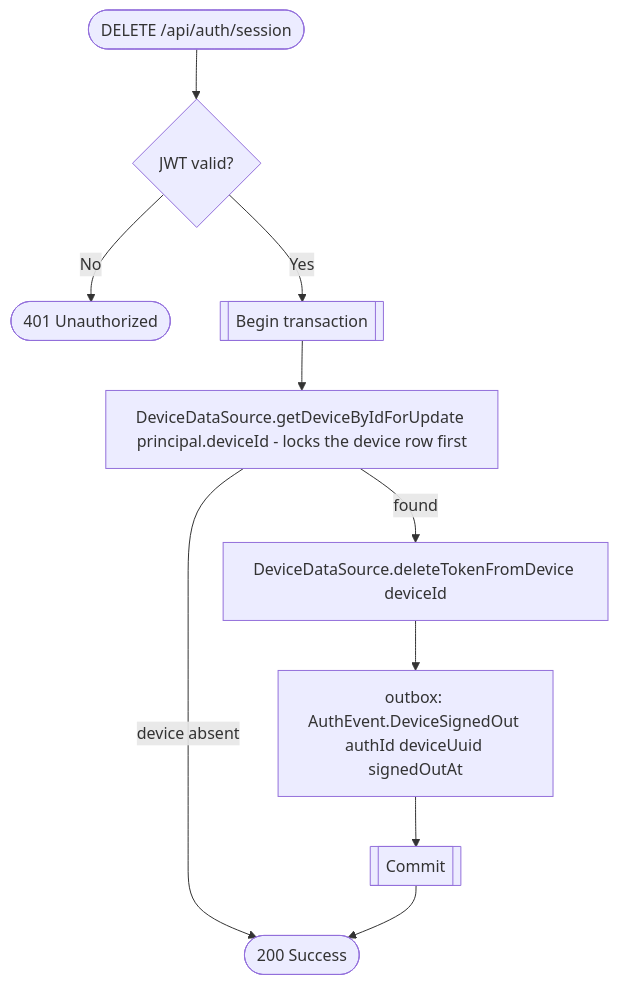
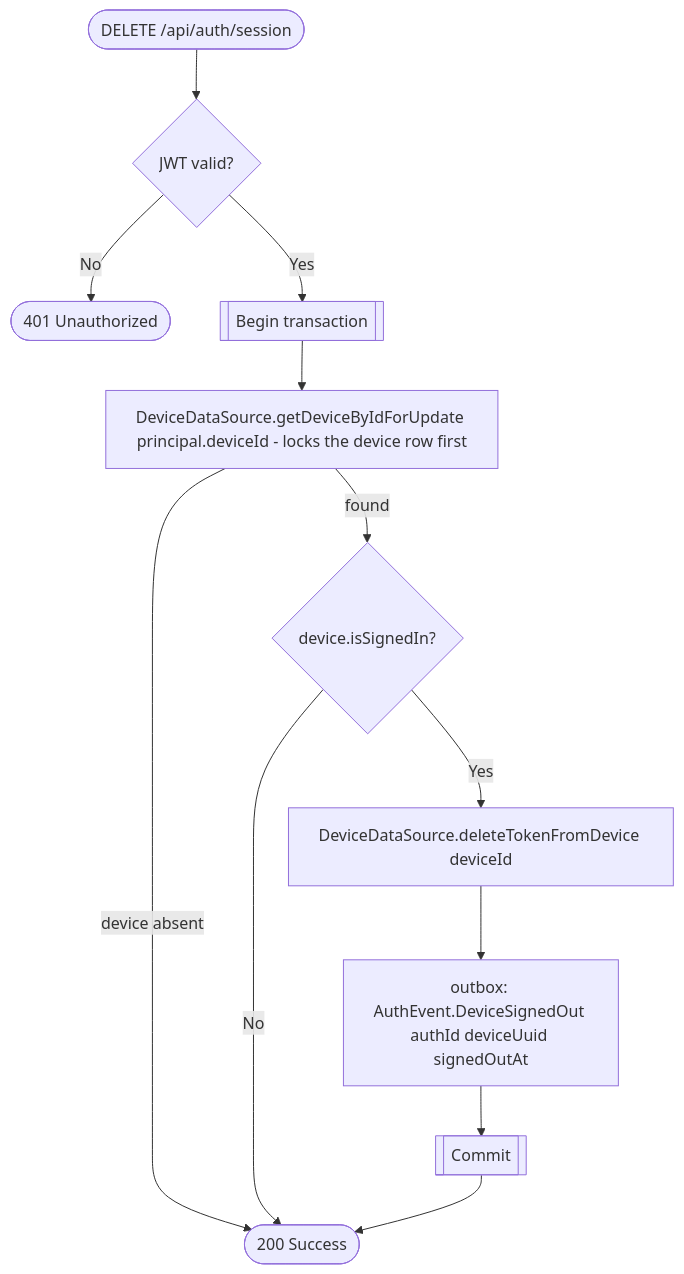
The diagram in docs/operations/authorization/sign-out.md (nocturneproperties/bookkme), drawn with Mermaid before and after one commit. The commit also changed other lines of this file and 10 other files, not shown here.

````diff
--- a/docs/operations/authorization/sign-out.md
+++ b/docs/operations/authorization/sign-out.md
@@ -12,12 +15,14 @@
 ```mermaid
 flowchart TD
     Start([DELETE /api/auth/session]) --> Auth{JWT valid?}
     Auth -- No --> R401([401 Unauthorized])
     Auth -- Yes --> Tx[[Begin transaction]]
     Tx --> Lock[DeviceDataSource.getDeviceByIdForUpdate principal.deviceId - locks the device row first]
     Lock -- device absent --> R200([200 Success])
-    Lock -- found --> Delete[DeviceDataSource.deleteTokenFromDevice deviceId]
+    Lock -- found --> SignedIn{device.isSignedIn?}
+    SignedIn -- No --> R200
+    SignedIn -- Yes --> Delete[DeviceDataSource.deleteTokenFromDevice deviceId]
     Delete --> Event["outbox: AuthEvent.DeviceSignedOut authId deviceUuid signedOutAt"]
     Event --> Commit[[Commit]]
     Commit --> R200
 ```
````
